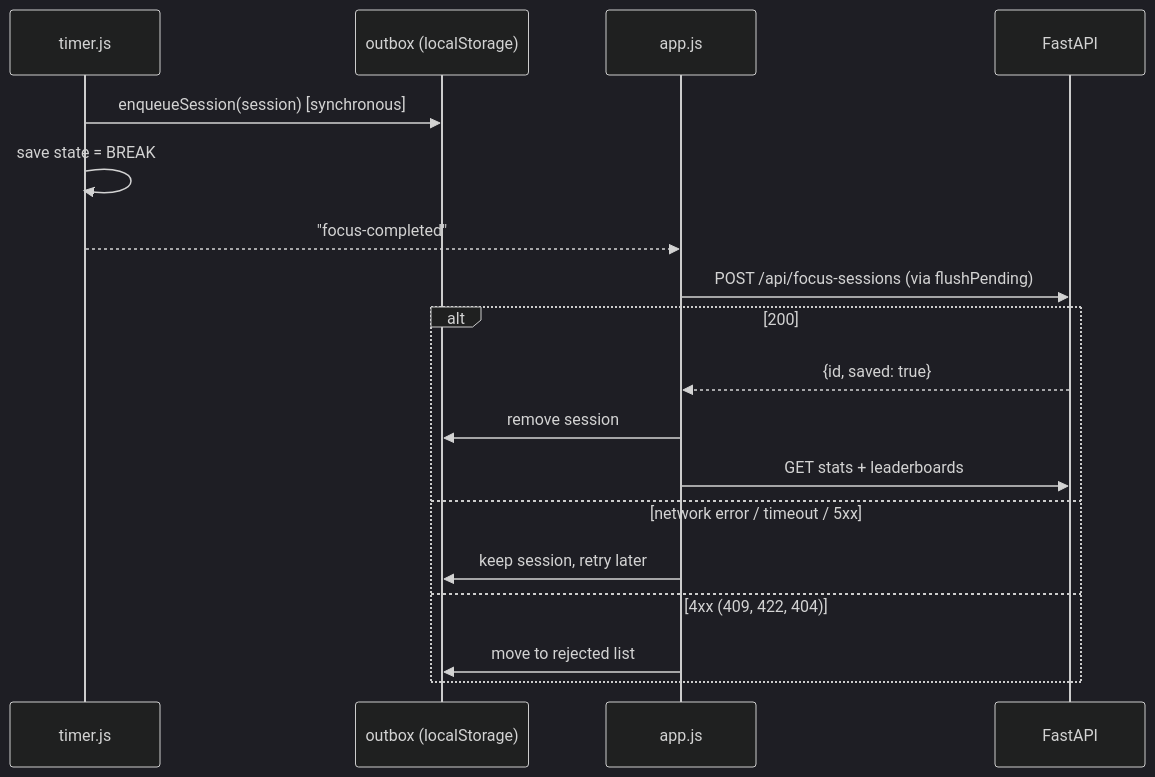
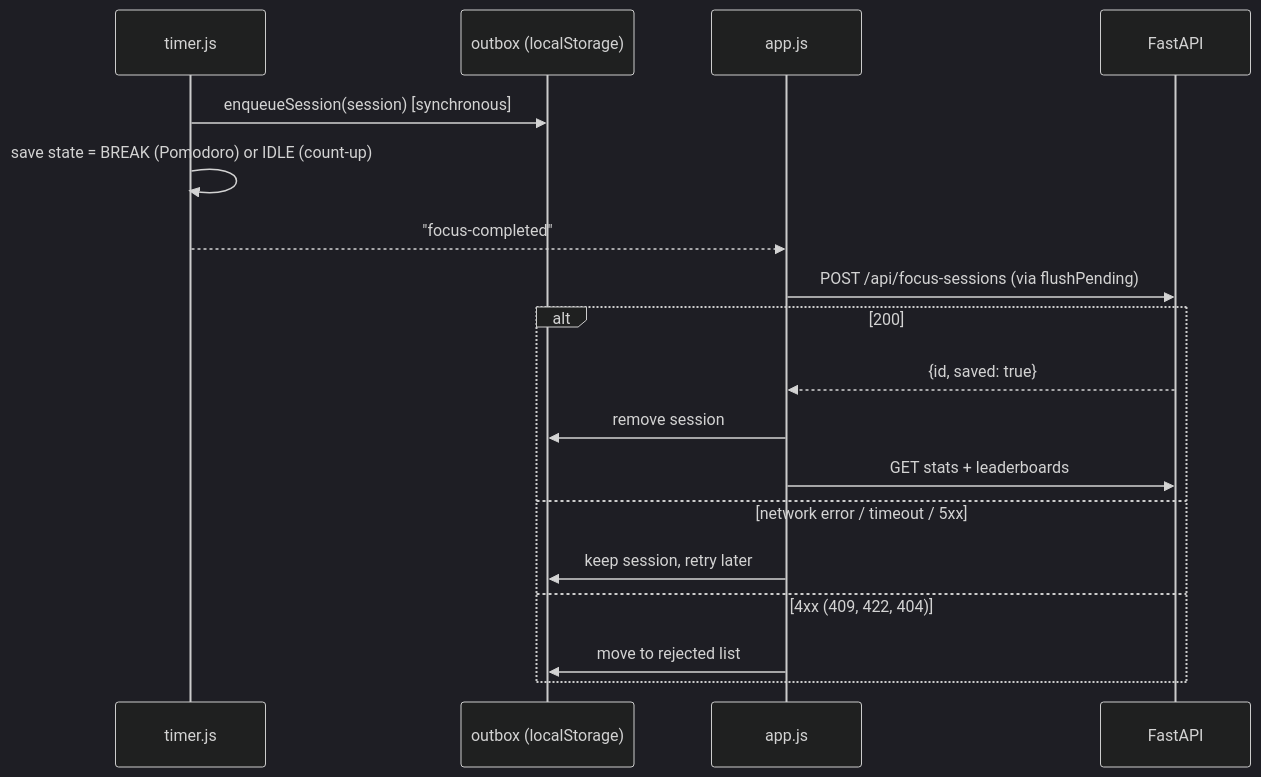
One commit to KaneYin/promodoro_timer changed the diagram in docs/frontend-backend.md. Above: the diagram before and after it, drawn with Mermaid (dark theme). The commit also changed other lines of this file and 33 other files, not shown here.

````diff
--- a/docs/frontend-backend.md
+++ b/docs/frontend-backend.md
@@ -62,21 +72,21 @@
 ```mermaid
 sequenceDiagram
     participant T as timer.js
     participant O as outbox (localStorage)
     participant A as app.js
     participant S as FastAPI
 
     T->>O: enqueueSession(session) [synchronous]
-    T->>T: save state = BREAK
+    T->>T: save state = BREAK (Pomodoro) or IDLE (count-up)
     T-->>A: "focus-completed"
     A->>S: POST /api/focus-sessions (via flushPending)
     alt 200
         S-->>A: {id, saved: true}
         A->>O: remove session
         A->>S: GET stats + leaderboards
     else network error / timeout / 5xx
         A->>O: keep session, retry later
     else 4xx (409, 422, 404)
         A->>O: move to rejected list
     end
 ```
````
